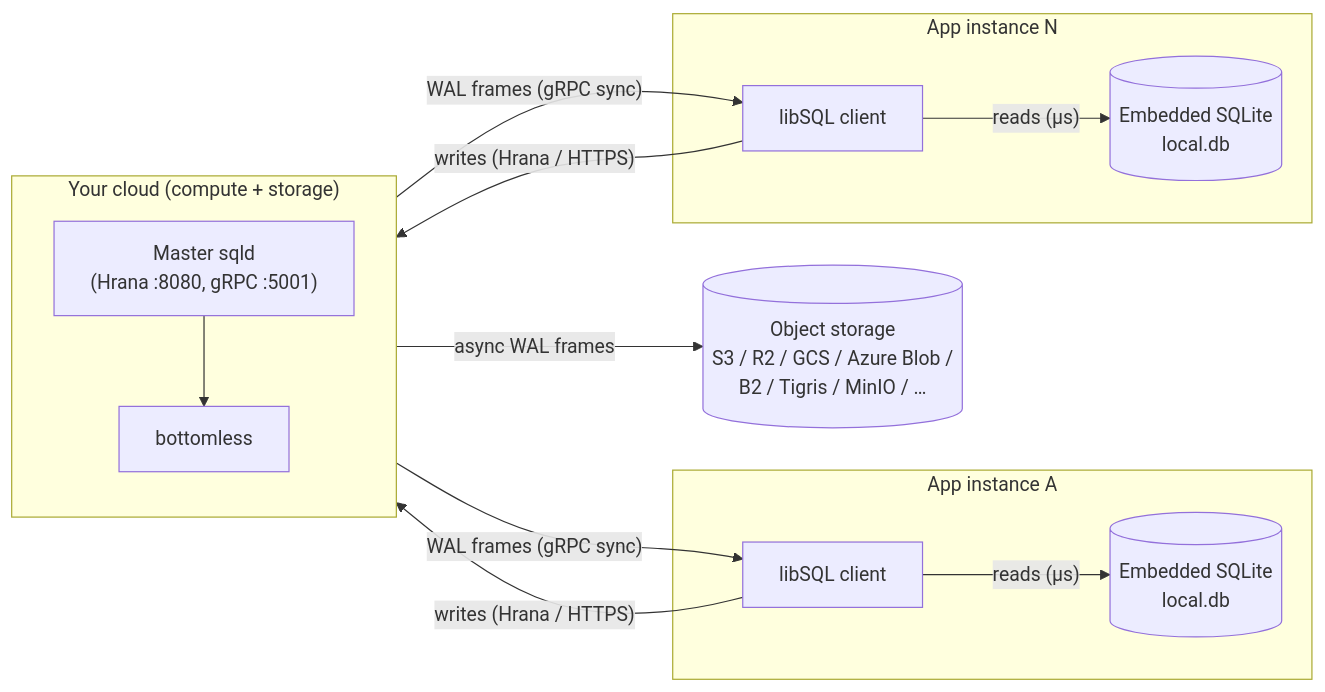
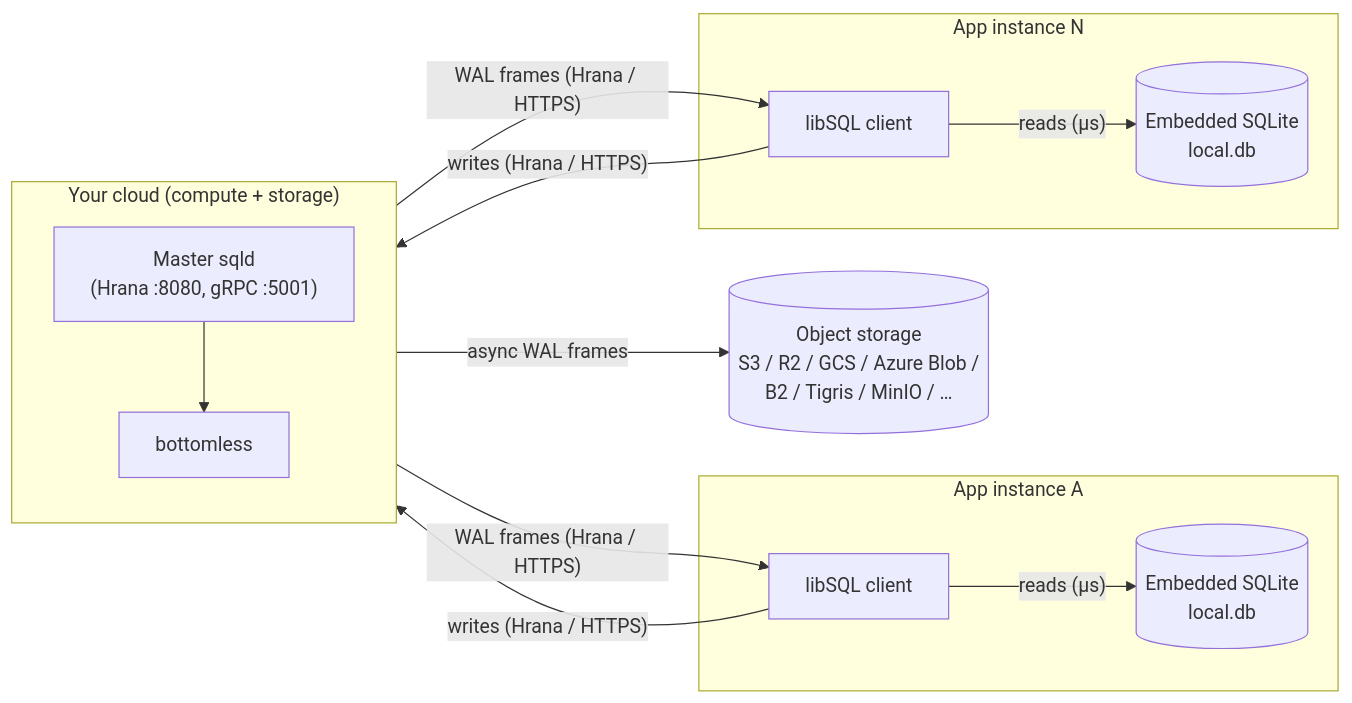
One commit to Khangdang1690/doc-site changed the first of 2 diagrams in src/content/docs/guides/how-it-works.mdx. Above: the diagram before and after it, drawn with Mermaid. The commit also changed other lines of this file, not shown here.

First line of the commit message:
docs(how-it-works): fix protocol label and sync-cadence wording

````diff
--- a/src/content/docs/guides/how-it-works.mdx
+++ b/src/content/docs/guides/how-it-works.mdx
@@ -20,29 +20,29 @@
 ```mermaid
 flowchart LR
     subgraph appA["App instance A"]
         clientA["libSQL client"]
         embedA[("Embedded SQLite<br/>local.db")]
         clientA -- "reads (µs)" --> embedA
     end
 
     subgraph appN["App instance N"]
         clientN["libSQL client"]
         embedN[("Embedded SQLite<br/>local.db")]
         clientN -- "reads (µs)" --> embedN
     end
 
     subgraph cloud["Your cloud (compute + storage)"]
         direction TB
         master["Master sqld<br/>(Hrana :8080, gRPC :5001)"]
         bottomless["bottomless"]
         master --> bottomless
     end
 
     bucket[("Object storage<br/>S3 / R2 / GCS / Azure Blob /<br/>B2 / Tigris / MinIO / …")]
 
     clientA -- "writes (Hrana / HTTPS)" --> master
     clientN -- "writes (Hrana / HTTPS)" --> master
-    master -- "WAL frames (gRPC sync)" --> clientA
-    master -- "WAL frames (gRPC sync)" --> clientN
+    master -- "WAL frames (Hrana / HTTPS)" --> clientA
+    master -- "WAL frames (Hrana / HTTPS)" --> clientN
     bottomless -- "async WAL frames" --> bucket
 ```
````
